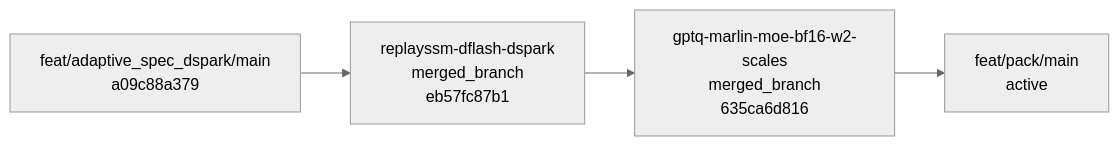
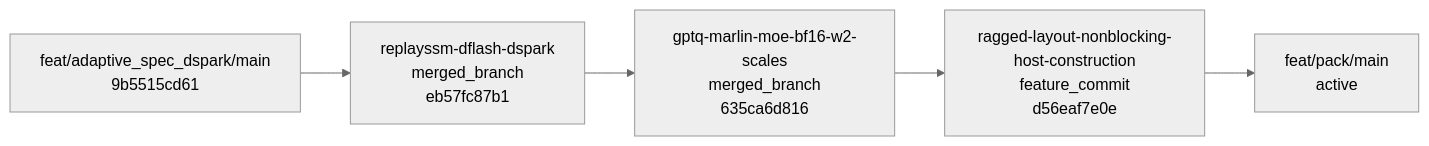
One commit to EanWang211123/sglang changed the second of 4 diagrams in BRANCH_GRAPH.md. Above: the diagram before and after it, drawn with Mermaid (neutral theme). The commit also changed other lines of this file and 4 other files, not shown here.

Commit message:
docs: record nonblocking layout construction and hang investigation

````diff
--- a/BRANCH_GRAPH.md
+++ b/BRANCH_GRAPH.md
@@ -57,12 +57,14 @@
 ```mermaid
 flowchart LR
-    stack_base_adaptive_dspark_replayssm_gptq_marlin_pack["feat/adaptive_spec_dspark/main<br/>a09c88a379"]
+    stack_base_adaptive_dspark_replayssm_gptq_marlin_pack["feat/adaptive_spec_dspark/main<br/>9b5515cd61"]
     stack_adaptive_dspark_replayssm_gptq_marlin_pack_1["replayssm-dflash-dspark<br/>merged_branch<br/>eb57fc87b1"]
     stack_base_adaptive_dspark_replayssm_gptq_marlin_pack --> stack_adaptive_dspark_replayssm_gptq_marlin_pack_1
     click stack_adaptive_dspark_replayssm_gptq_marlin_pack_1 "https://github.com/sgl-project/sglang/pull/36683"
     stack_adaptive_dspark_replayssm_gptq_marlin_pack_2["gptq-marlin-moe-bf16-w2-scales<br/>merged_branch<br/>635ca6d816"]
     stack_adaptive_dspark_replayssm_gptq_marlin_pack_1 --> stack_adaptive_dspark_replayssm_gptq_marlin_pack_2
     click stack_adaptive_dspark_replayssm_gptq_marlin_pack_2 "https://github.com/sgl-project/sglang/pull/35955"
+    stack_adaptive_dspark_replayssm_gptq_marlin_pack_3["ragged-layout-nonblocking-host-construction<br/>feature_commit<br/>d56eaf7e0e"]
+    stack_adaptive_dspark_replayssm_gptq_marlin_pack_2 --> stack_adaptive_dspark_replayssm_gptq_marlin_pack_3
     stack_output_adaptive_dspark_replayssm_gptq_marlin_pack["feat/pack/main<br/>active"]
-    stack_adaptive_dspark_replayssm_gptq_marlin_pack_2 --> stack_output_adaptive_dspark_replayssm_gptq_marlin_pack
+    stack_adaptive_dspark_replayssm_gptq_marlin_pack_3 --> stack_output_adaptive_dspark_replayssm_gptq_marlin_pack
 ```
````
